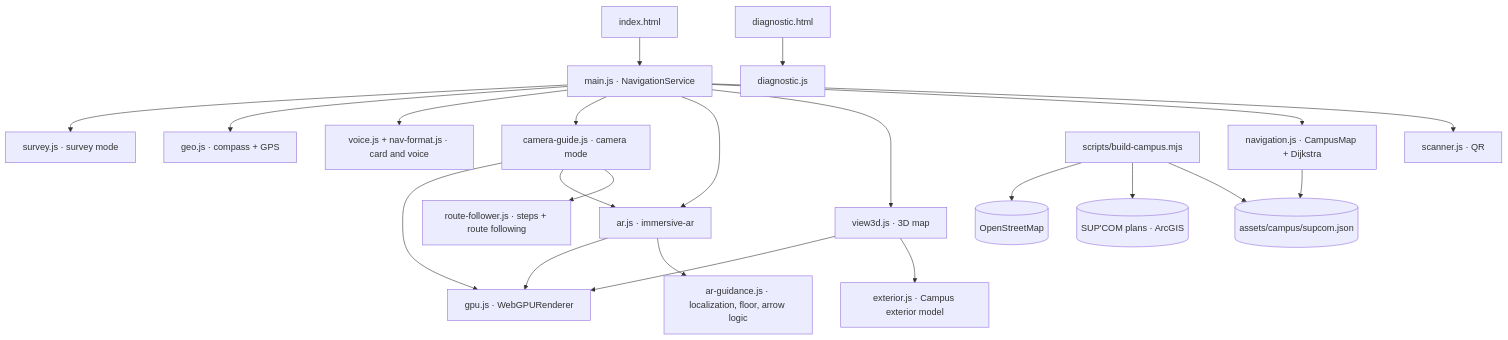
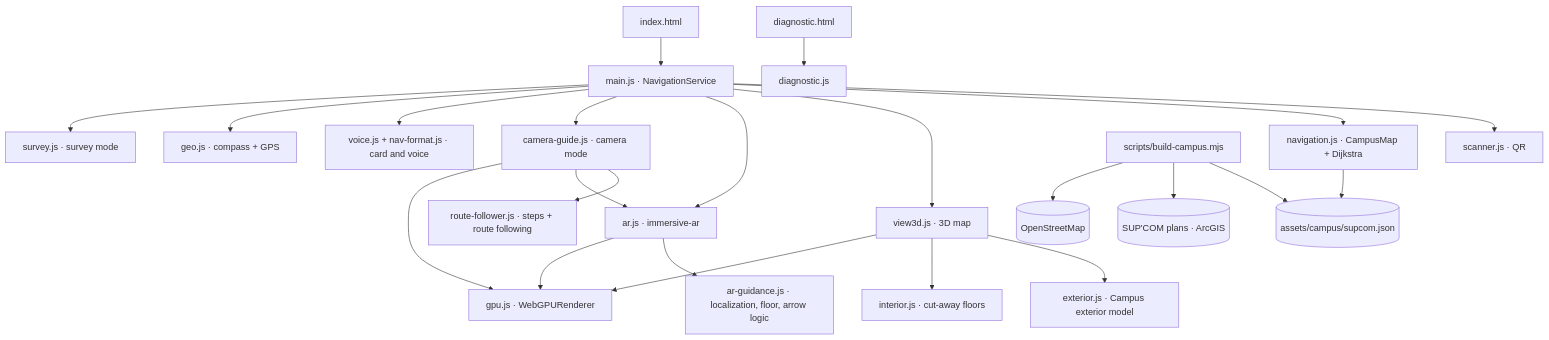
The diagram in README.md (yessinomhiri-cpu/indoor-wayfinder), drawn with Mermaid before and after one commit. The commit also changed other lines of this file and 15 other files, not shown here.

First line of the commit message:
feat: daylight cut-away of every floor in the 3D view (v3.8.0)

````diff
--- a/README.md
+++ b/README.md
@@ -78,24 +78,25 @@
 ```mermaid
 flowchart TB
     UI[index.html] --> MAIN[main.js · NavigationService]
     MAIN --> SCAN[scanner.js · QR]
     MAIN --> NAV[navigation.js · CampusMap + Dijkstra]
     MAIN --> VIEW[view3d.js · 3D map]
     VIEW --> EXT[exterior.js · Campus exterior model]
+    VIEW --> INT[interior.js · cut-away floors]
     MAIN --> AR[ar.js · immersive-ar]
     MAIN --> CAM[camera-guide.js · camera mode]
     MAIN --> VOICE[voice.js + nav-format.js · card and voice]
     MAIN --> GEO[geo.js · compass + GPS]
     MAIN --> SURVEY[survey.js · survey mode]
     AR --> GUIDE[ar-guidance.js · localization, floor, arrow logic]
     CAM --> FOLLOW[route-follower.js · steps + route following]
     CAM --> AR
     VIEW --> GPU[gpu.js · WebGPURenderer]
     AR --> GPU
     CAM --> GPU
     NAV --> DATA[(assets/campus/supcom.json)]
     BUILD[scripts/build-campus.mjs] --> DATA
     BUILD --> ARCGIS[(SUP'COM plans · ArcGIS)]
     BUILD --> OSM[(OpenStreetMap)]
     DIAG[diagnostic.html] --> DIAGJS[diagnostic.js]
 ```
````
